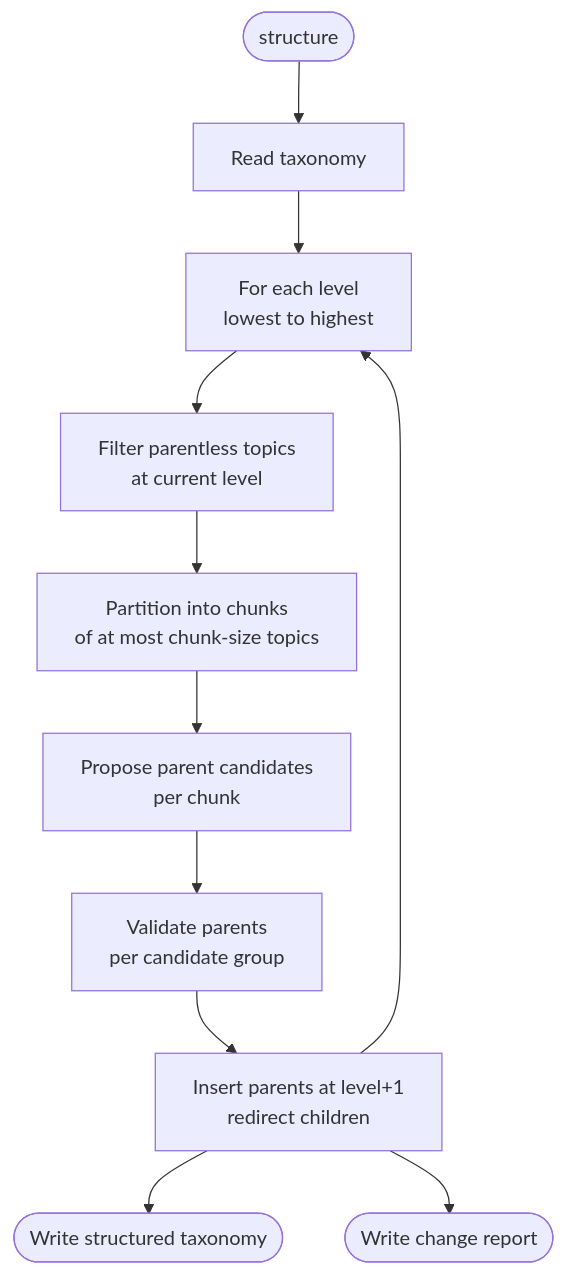
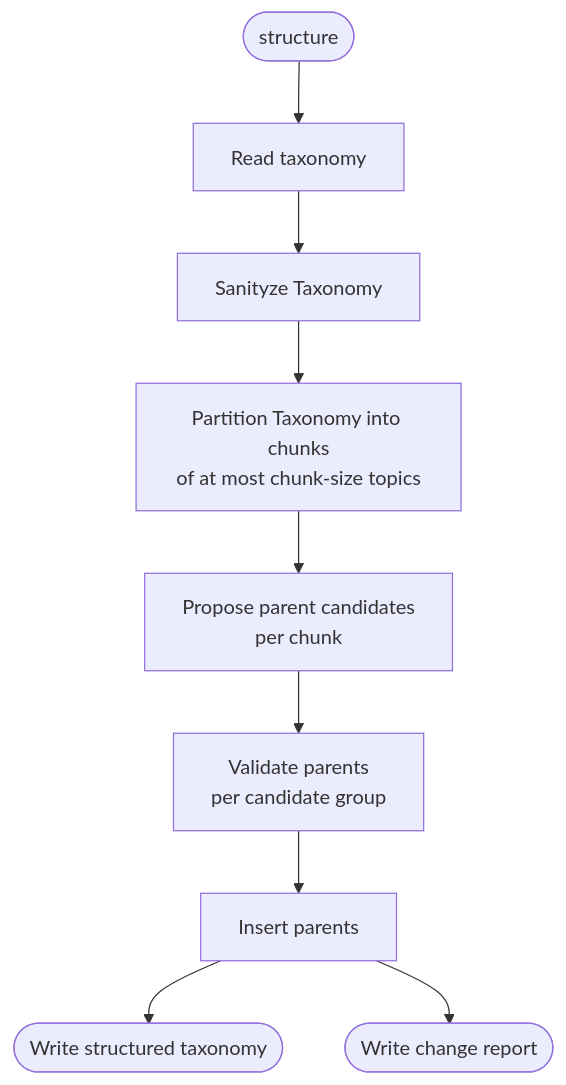
The fourth of 5 diagrams in topic-builder/README.md (JBAujogue/cahier_doleances), drawn with Mermaid before and after one commit. The commit also changed other lines of this file, not shown here.

````diff
--- a/topic-builder/README.md
+++ b/topic-builder/README.md
@@ -239,13 +235,11 @@
 ```mermaid
 flowchart TD
     A([structure]) --> B[Read taxonomy]
-    B --> C[For each level\nlowest to highest]
-    C --> D[Filter parentless topics\nat current level]
-    D --> E[Partition into chunks\nof at most chunk-size topics]
-    E --> F[Propose parent candidates\nper chunk]
-    F --> G[Validate parents\nper candidate group]
-    G --> H[Insert parents at level+1\nredirect children]
-    H --> C
-    H --> I([Write structured taxonomy])
-    H --> J([Write change report])
+    B --> C[Sanityze Taxonomy]
+    C --> D[Partition Taxonomy into chunks\nof at most chunk-size topics]
+    D --> E[Propose parent candidates\nper chunk]
+    E --> F[Validate parents\nper candidate group]
+    F --> G[Insert parents]
+    G --> H([Write structured taxonomy])
+    G --> I([Write change report])
 ```
````
